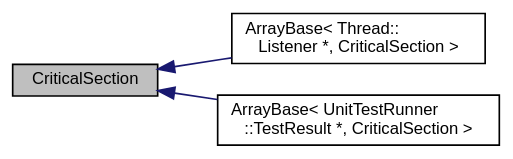
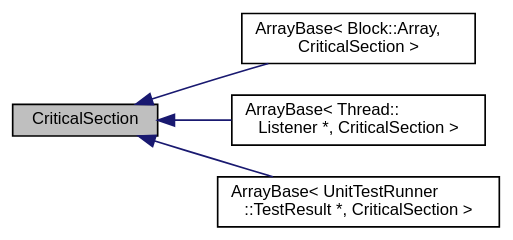
The diagram in doc/classCriticalSection__inherit__graph.dot (klangfreund/jucedoc), drawn with Graphviz before and after one commit. The commit also changed 2766 other files, not shown here.

```diff
--- a/doc/classCriticalSection__inherit__graph.dot
+++ b/doc/classCriticalSection__inherit__graph.dot
@@ -1,12 +1,14 @@
 digraph "CriticalSection"
 {
   bgcolor="transparent";
   edge [fontname="Helvetica",fontsize="10",labelfontname="Helvetica",labelfontsize="10"];
   node [fontname="Helvetica",fontsize="10",shape=record];
   rankdir="LR";
   Node0 [label="CriticalSection",height=0.2,width=0.4,color="black", fillcolor="grey75", style="filled", fontcolor="black"];
   Node0 -> Node1 [dir="back",color="midnightblue",fontsize="10",style="solid",fontname="Helvetica"];
-  Node1 [label="ArrayBase\< Thread::\lListener *, CriticalSection \>",height=0.2,width=0.4,color="black",URL="$classArrayBase.html"];
+  Node1 [label="ArrayBase\< Block::Array,\l CriticalSection \>",height=0.2,width=0.4,color="black",URL="$classArrayBase.html"];
   Node0 -> Node2 [dir="back",color="midnightblue",fontsize="10",style="solid",fontname="Helvetica"];
-  Node2 [label="ArrayBase\< UnitTestRunner\l::TestResult *, CriticalSection \>",height=0.2,width=0.4,color="black",URL="$classArrayBase.html"];
+  Node2 [label="ArrayBase\< Thread::\lListener *, CriticalSection \>",height=0.2,width=0.4,color="black",URL="$classArrayBase.html"];
+  Node0 -> Node3 [dir="back",color="midnightblue",fontsize="10",style="solid",fontname="Helvetica"];
+  Node3 [label="ArrayBase\< UnitTestRunner\l::TestResult *, CriticalSection \>",height=0.2,width=0.4,color="black",URL="$classArrayBase.html"];
 }
```
